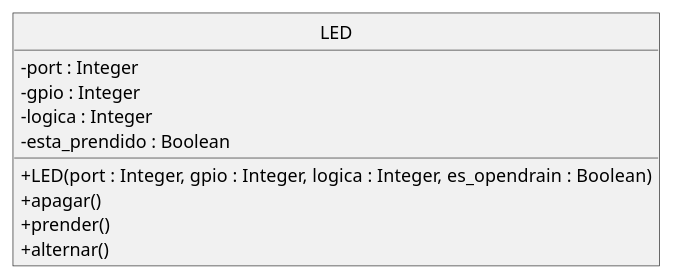
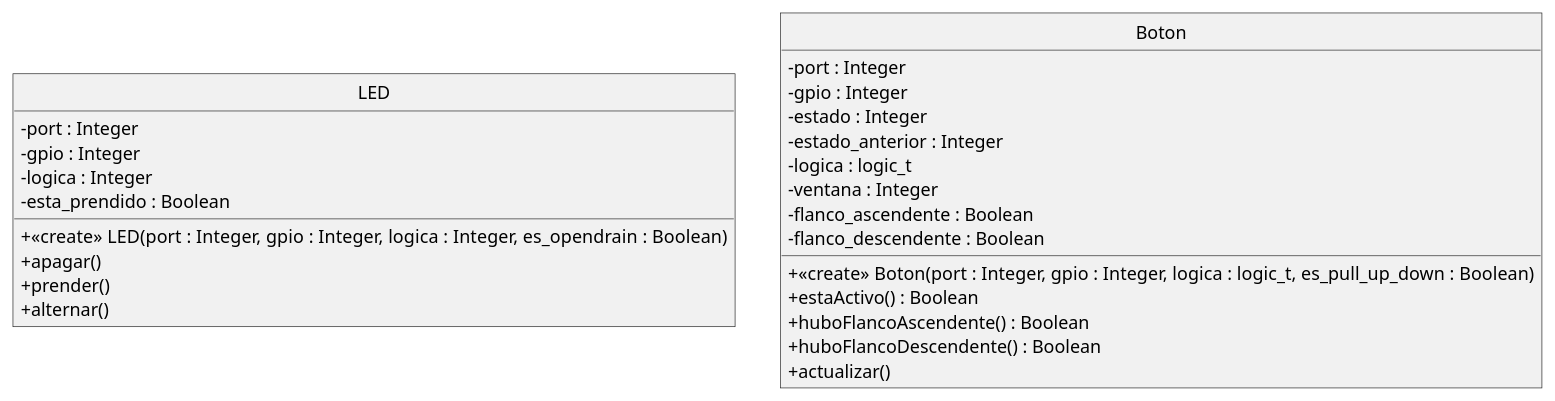
The diagram in img/class-diagram.puml (tute-avalos/antirebote-ventana-libopencm3), drawn with PlantUML before and after one commit. The commit also changed 5 other files, not shown here.

```diff
--- a/img/class-diagram.puml
+++ b/img/class-diagram.puml
@@ -1,20 +1,36 @@
 @startuml diagrama-clases
 hide circle
 skinparam classAttributeIconSize 0
 skinparam backgroundColor transparent
 skinparam monochrome true
 skinparam shadowing false
 skinparam roundcorner 0
 
 Class LED {
   - port : Integer
   - gpio : Integer
   - logica : Integer
   - esta_prendido : Boolean
-  + LED(port : Integer, gpio : Integer, logica : Integer, es_opendrain : Boolean)
+  + <<create>> LED(port : Integer, gpio : Integer, logica : Integer, es_opendrain : Boolean)
   + apagar()
   + prender()
   + alternar()
 }
 
+Class Boton {
+  - port : Integer
+  - gpio : Integer
+  - estado : Integer
+  - estado_anterior : Integer
+  - logica : logic_t
+  - ventana : Integer
+  - flanco_ascendente : Boolean
+  - flanco_descendente : Boolean
+  + <<create>> Boton(port : Integer, gpio : Integer, logica : logic_t, es_pull_up_down : Boolean)
+  + estaActivo() : Boolean
+  + huboFlancoAscendente() : Boolean
+  + huboFlancoDescendente() : Boolean
+  + actualizar()
+}
+
 @enduml
```
